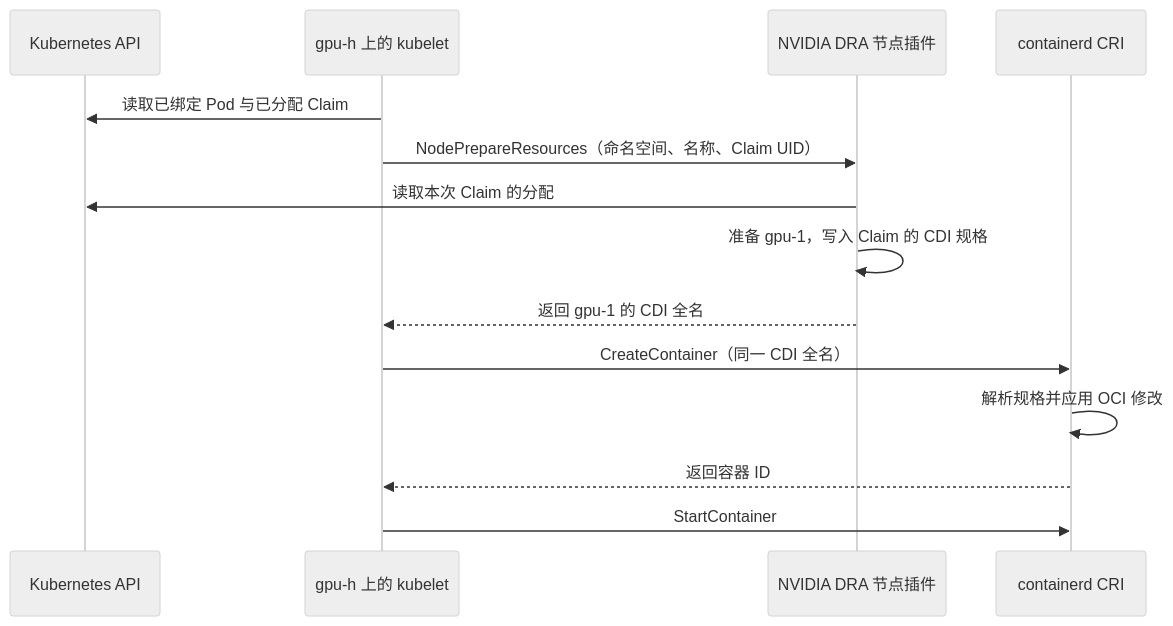
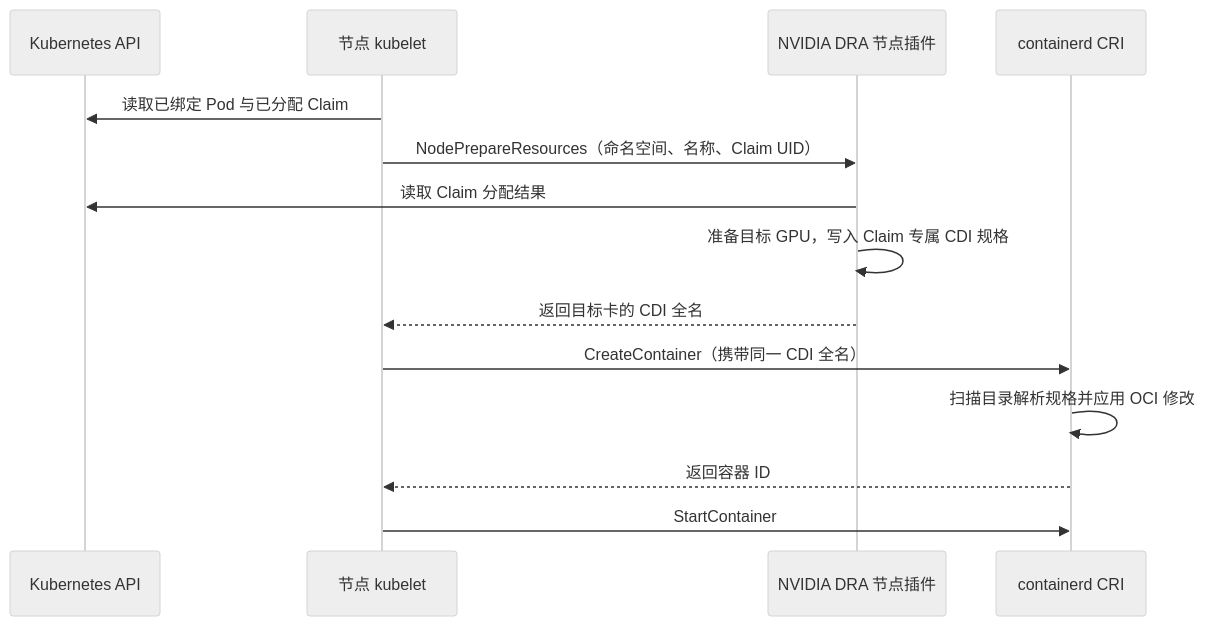
Before and after one commit to realtyz/ops-manual: the diagram in AI-Infra/11_Kubernetes如何发现与分配GPU/06_DRA 节点准备、CDI 注入与资源释放.md, drawn with Mermaid (neutral theme). The commit also changed other lines of this file and 194 other files, not shown here.

````diff
--- a/AI-Infra/11_Kubernetes如何发现与分配GPU/06_DRA 节点准备、CDI 注入与资源释放.md
+++ b/AI-Infra/11_Kubernetes如何发现与分配GPU/06_DRA 节点准备、CDI 注入与资源释放.md
@@ -10,16 +21,17 @@
 ```mermaid
 sequenceDiagram
+    accDescr: 目标节点 kubelet 读取已绑定 Pod 与已分配 Claim 后，调用 NVIDIA DRA 节点插件的 NodePrepareResources 生成临时 CDI 规格，再将返回的 CDI 全名经 CRI 交给 containerd 解析并启动容器。
     participant A as Kubernetes API
-    participant K as gpu-h 上的 kubelet
+    participant K as 节点 kubelet
     participant D as NVIDIA DRA 节点插件
     participant R as containerd CRI
     K->>A: 读取已绑定 Pod 与已分配 Claim
     K->>D: NodePrepareResources（命名空间、名称、Claim UID）
-    D->>A: 读取本次 Claim 的分配
-    D->>D: 准备 gpu-1，写入 Claim 的 CDI 规格
-    D-->>K: 返回 gpu-1 的 CDI 全名
-    K->>R: CreateContainer（同一 CDI 全名）
-    R->>R: 解析规格并应用 OCI 修改
+    D->>A: 读取 Claim 分配结果
+    D->>D: 准备目标 GPU，写入 Claim 专属 CDI 规格
+    D-->>K: 返回目标卡的 CDI 全名
+    K->>R: CreateContainer（携带同一 CDI 全名）
+    R->>R: 扫描目录解析规格并应用 OCI 修改
     R-->>K: 返回容器 ID
     K->>R: StartContainer
 ```
````
